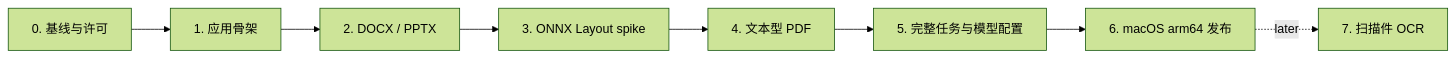
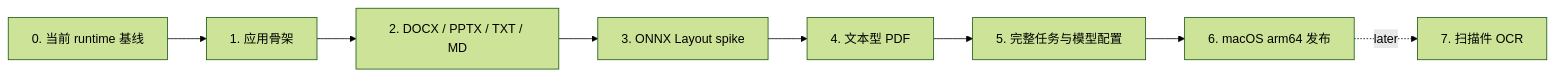
The diagram in docs/dev/roadmap.md (Atopoz/PageFerry), drawn with Mermaid (forest theme) before and after one commit. The commit also changed other lines of this file and 152 other files, not shown here.

````diff
--- a/docs/dev/roadmap.md
+++ b/docs/dev/roadmap.md
@@ -7,10 +7,10 @@
 ```mermaid
 flowchart LR
-    P0["0. 基线与许可"] --> P1["1. 应用骨架"]
-    P1 --> P2["2. DOCX / PPTX"]
+    P0["0. 当前 runtime 基线"] --> P1["1. 应用骨架"]
+    P1 --> P2["2. DOCX / PPTX / TXT / MD"]
     P2 --> P3["3. ONNX Layout spike"]
     P3 --> P4["4. 文本型 PDF"]
     P4 --> P5["5. 完整任务与模型配置"]
     P5 --> P6["6. macOS arm64 发布"]
     P6 -. later .-> P7["7. 扫描件 OCR"]
 ```
````
